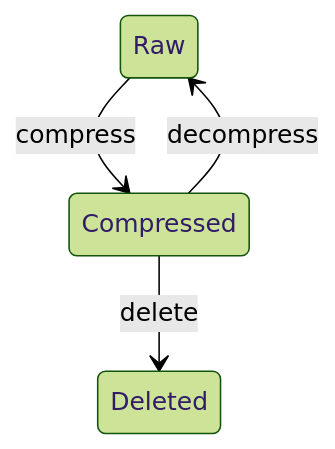
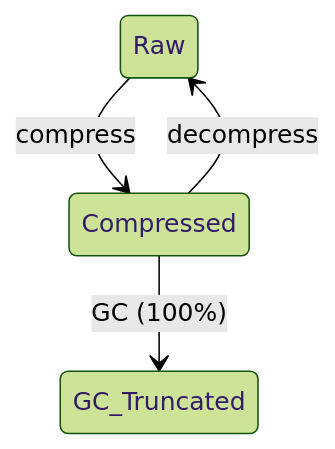
Before and after one commit to ranxianglei/opencode-acp: the diagram in README.zh-CN.md, drawn with Mermaid (forest theme). The commit also changed other lines of this file, not shown here.

````diff
--- a/README.zh-CN.md
+++ b/README.zh-CN.md
@@ -82,6 +82,6 @@
 ```mermaid
 stateDiagram-v2
     Raw --> Compressed : compress
     Compressed --> Raw : decompress
-    Compressed --> Deleted : delete
+    Compressed --> GC_Truncated : GC (100%)
 ```
````
